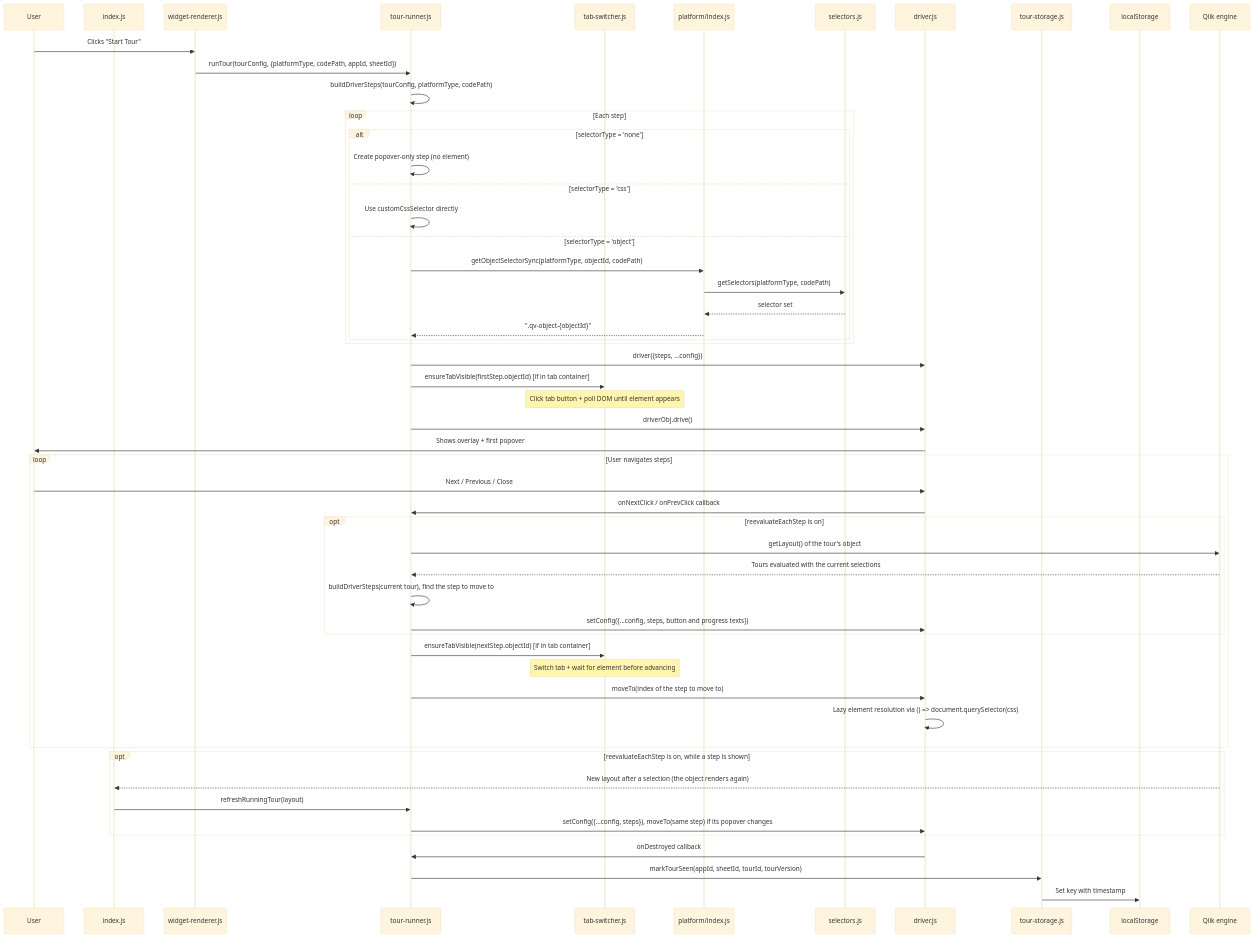
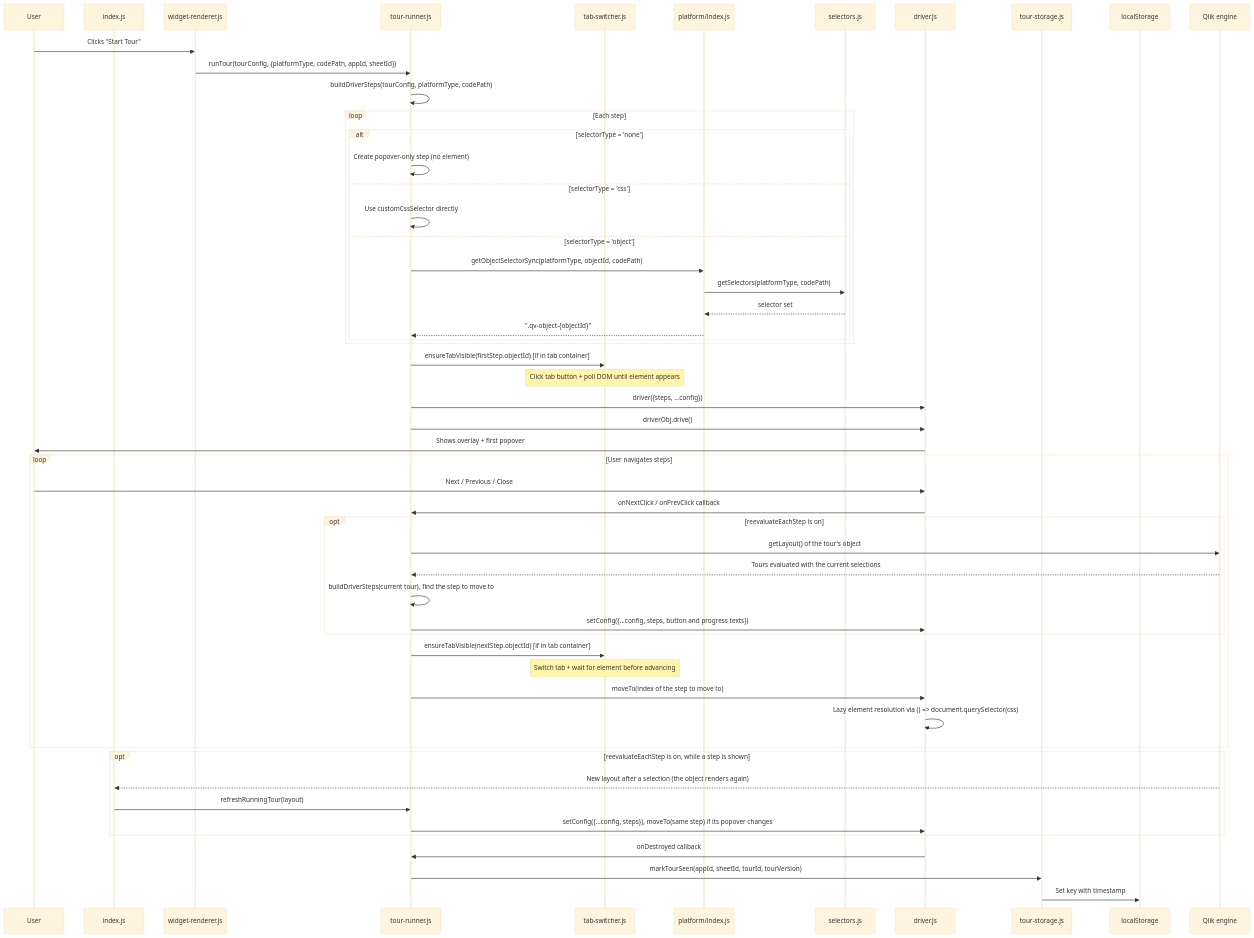
The second of 6 diagrams in docs/TOUR-SYSTEM.md (ptarmiganlabs/onboard.qs), drawn with Mermaid (base theme) before and after one commit. The commit also changed other lines of this file, not shown here.

````diff
--- a/docs/TOUR-SYSTEM.md
+++ b/docs/TOUR-SYSTEM.md
@@ -109,62 +109,62 @@
 ```mermaid
 sequenceDiagram
     participant User
     participant IX as index.js
     participant WR as widget-renderer.js
     participant TR as tour-runner.js
     participant TB as tab-switcher.js
     participant PI as platform/index.js
     participant SE as selectors.js
     participant DJ as driver.js
     participant TS as tour-storage.js
     participant LS as localStorage
     participant QE as Qlik engine
 
     User->>WR: Clicks "Start Tour"
     WR->>TR: runTour(tourConfig, {platformType, codePath, appId, sheetId})
     TR->>TR: buildDriverSteps(tourConfig, platformType, codePath)
 
     loop Each step
         alt selectorType = 'none'
             TR->>TR: Create popover-only step (no element)
         else selectorType = 'css'
             TR->>TR: Use customCssSelector directly
         else selectorType = 'object'
             TR->>PI: getObjectSelectorSync(platformType, objectId, codePath)
             PI->>SE: getSelectors(platformType, codePath)
             SE-->>PI: selector set
             PI-->>TR: ".qv-object-{objectId}"
         end
     end
 
-    TR->>DJ: driver({steps, ...config})
     TR->>TB: ensureTabVisible(firstStep.objectId) [if in tab container]
     Note over TB: Click tab button + poll DOM until element appears
+    TR->>DJ: driver({steps, ...config})
     TR->>DJ: driverObj.drive()
     DJ->>User: Shows overlay + first popover
 
     loop User navigates steps
         User->>DJ: Next / Previous / Close
         DJ->>TR: onNextClick / onPrevClick callback
         opt reevaluateEachStep is on
             TR->>QE: getLayout() of the tour's object
             QE-->>TR: Tours evaluated with the current selections
             TR->>TR: buildDriverSteps(current tour), find the step to move to
             TR->>DJ: setConfig({...config, steps, button and progress texts})
         end
         TR->>TB: ensureTabVisible(nextStep.objectId) [if in tab container]
         Note over TB: Switch tab + wait for element before advancing
         TR->>DJ: moveTo(index of the step to move to)
         DJ->>DJ: Lazy element resolution via () => document.querySelector(css)
     end
 
     opt reevaluateEachStep is on, while a step is shown
         QE-->>IX: New layout after a selection (the object renders again)
         IX->>TR: refreshRunningTour(layout)
         TR->>DJ: setConfig({...config, steps}), moveTo(same step) if its popover changes
     end
 
     DJ->>TR: onDestroyed callback
     TR->>TS: markTourSeen(appId, sheetId, tourId, tourVersion)
     TS->>LS: Set key with timestamp
 ```
````
